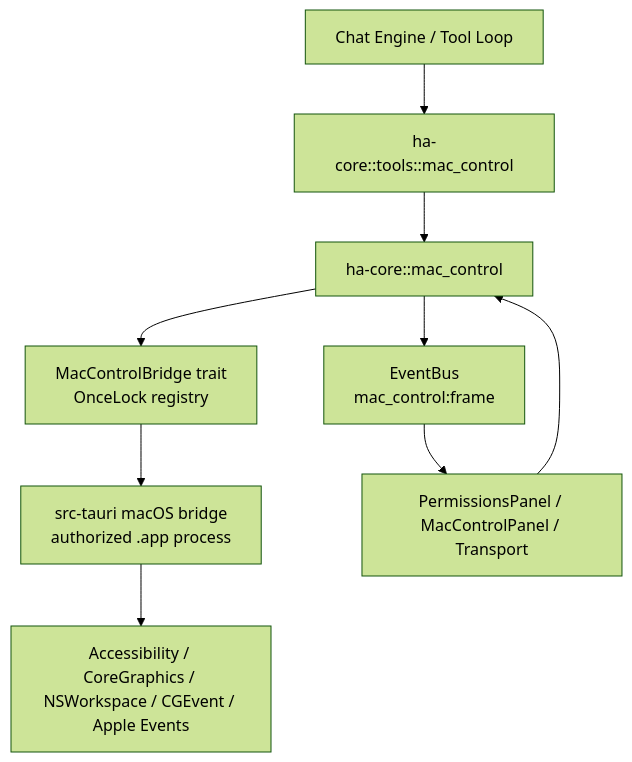
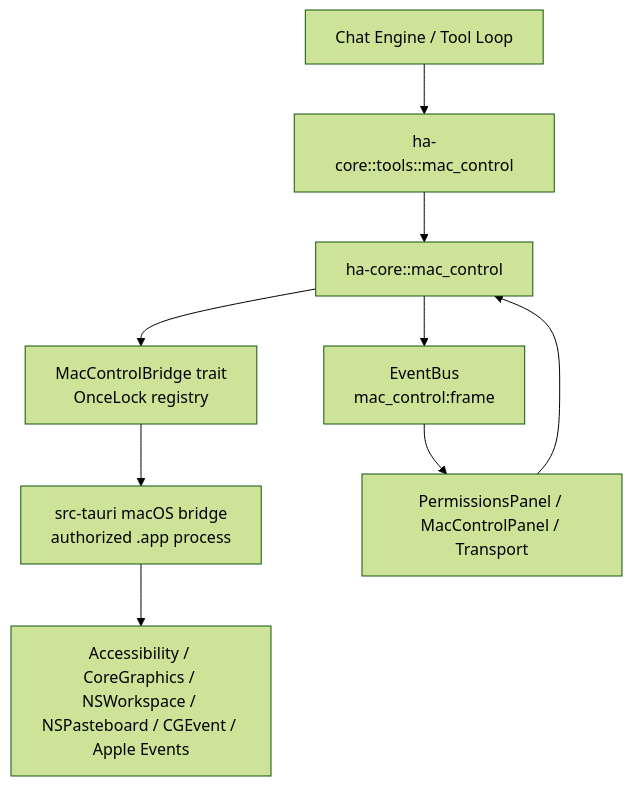
One commit to shiwenwen/hope-agent changed the diagram in docs/architecture/macos-control.md. Above: the diagram before and after it, drawn with Mermaid (forest theme). The commit also changed other lines of this file and 12 other files, not shown here.

````diff
--- a/docs/architecture/macos-control.md
+++ b/docs/architecture/macos-control.md
@@ -38,20 +39,20 @@
 ```mermaid
 graph TD
     Agent["Chat Engine / Tool Loop"]
     Tool["ha-core::tools::mac_control"]
     Core["ha-core::mac_control"]
     Bridge["MacControlBridge trait<br/>OnceLock registry"]
     Desktop["src-tauri macOS bridge<br/>authorized .app process"]
-    Native["Accessibility / CoreGraphics / NSWorkspace / CGEvent / Apple Events"]
+    Native["Accessibility / CoreGraphics / NSWorkspace / NSPasteboard / CGEvent / Apple Events"]
     EventBus["EventBus<br/>mac_control:frame"]
     Frontend["PermissionsPanel / MacControlPanel / Transport"]
 
     Agent --> Tool
     Tool --> Core
     Core --> Bridge
     Bridge --> Desktop
     Desktop --> Native
     Core --> EventBus
     EventBus --> Frontend
     Frontend --> Core
 ```
````
